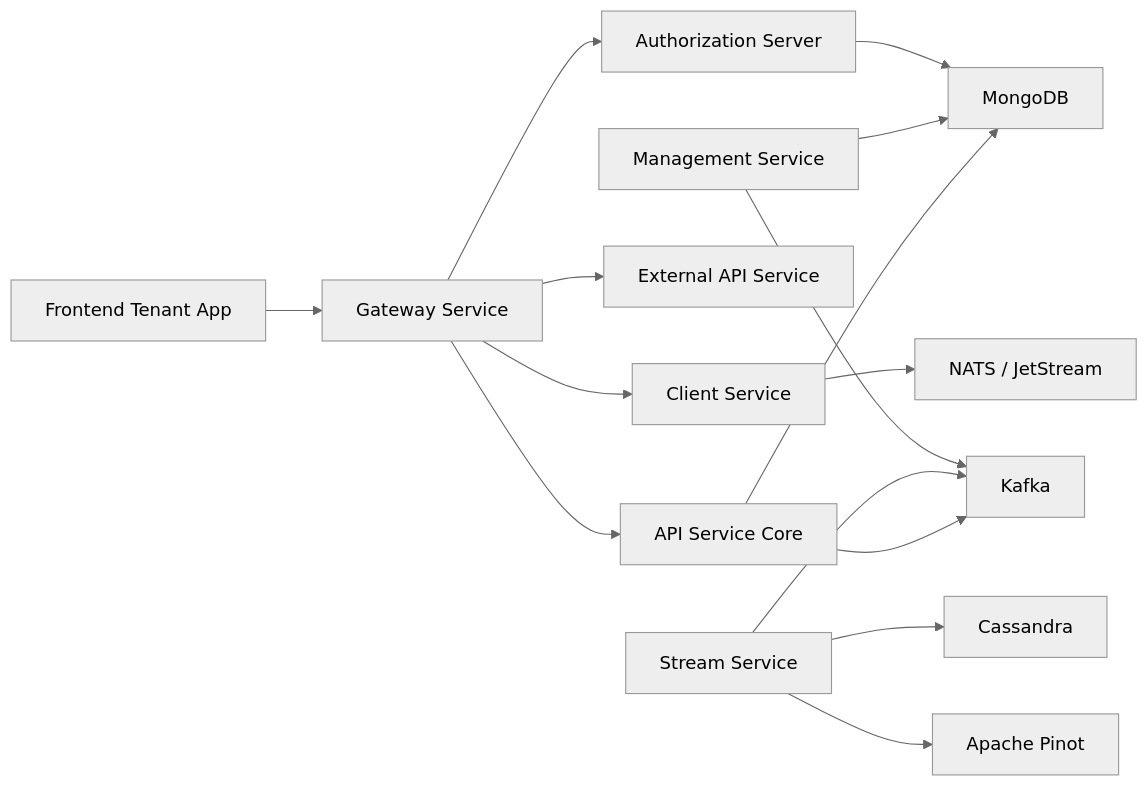
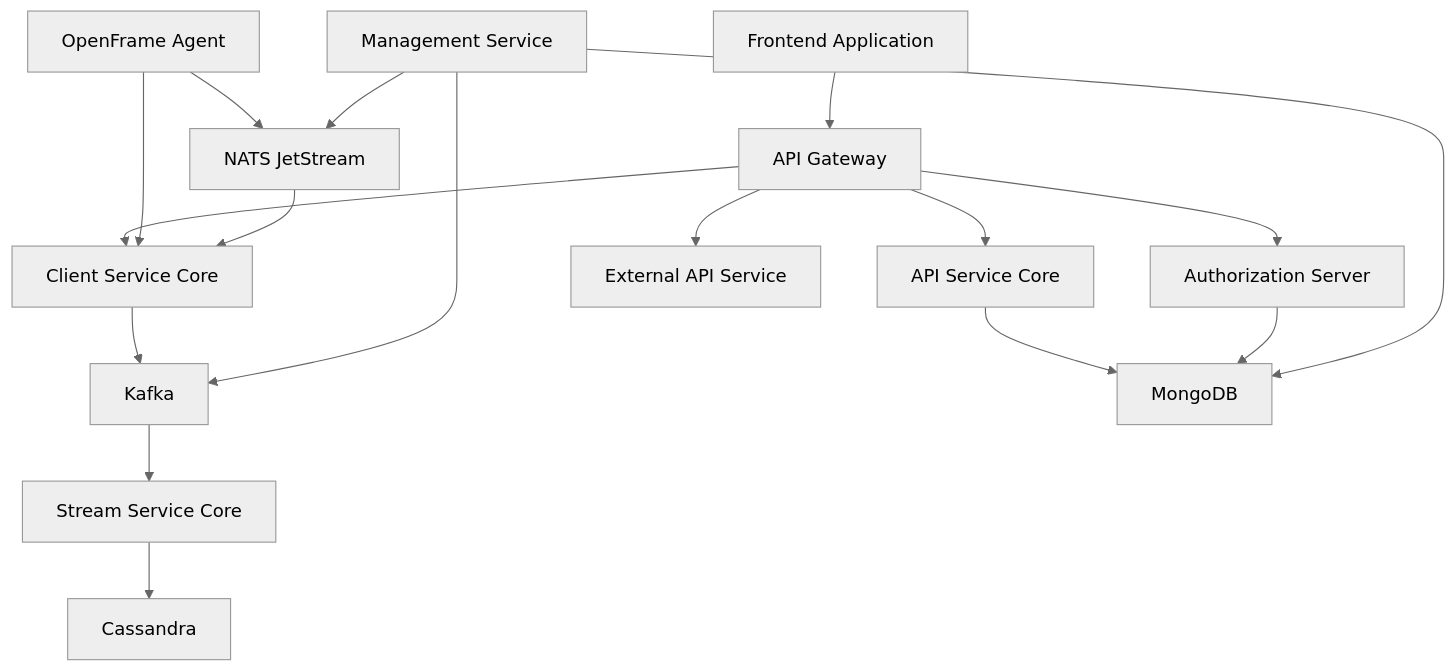
One commit to Praesto-Pro/openframe-oss-tenant changed the diagram in docs/getting-started/introduction.md. Above: the diagram before and after it, drawn with Mermaid (neutral theme). The commit also changed other lines of this file and 214 other files, not shown here.

````diff
--- a/docs/getting-started/introduction.md
+++ b/docs/getting-started/introduction.md
@@ -13,22 +39,23 @@
 ```mermaid
-flowchart LR
-    User[Frontend Tenant App] --> Gateway[Gateway Service]
+flowchart TD
+    A[Frontend Application] --> B[API Gateway]
+    B --> C[API Service Core]
+    B --> D[Authorization Server]
+    B --> E[External API Service]
+    B --> F[Client Service Core]
     
-    Gateway --> Auth[Authorization Server]
-    Gateway --> Api[API Service Core]
-    Gateway --> ExternalApi[External API Service]
-    Gateway --> ClientSvc[Client Service]
+    G[OpenFrame Agent] --> F
+    G --> H[NATS JetStream]
     
-    Api --> Mongo[MongoDB]
-    Api --> Kafka[Kafka]
+    H --> F
+    F --> I[Kafka]
+    I --> J[Stream Service Core]
     
-    Stream[Stream Service] --> Kafka
-    Stream --> Cassandra[Cassandra]
-    Stream --> Pinot[Apache Pinot]
+    C --> K[MongoDB]
+    D --> K
+    J --> L[Cassandra]
     
-    Management[Management Service] --> Mongo
-    Management --> Kafka
-    
-    Auth --> Mongo
-    ClientSvc --> NATS[NATS / JetStream]
+    M[Management Service] --> K
+    M --> I
+    M --> H
 ```
````
